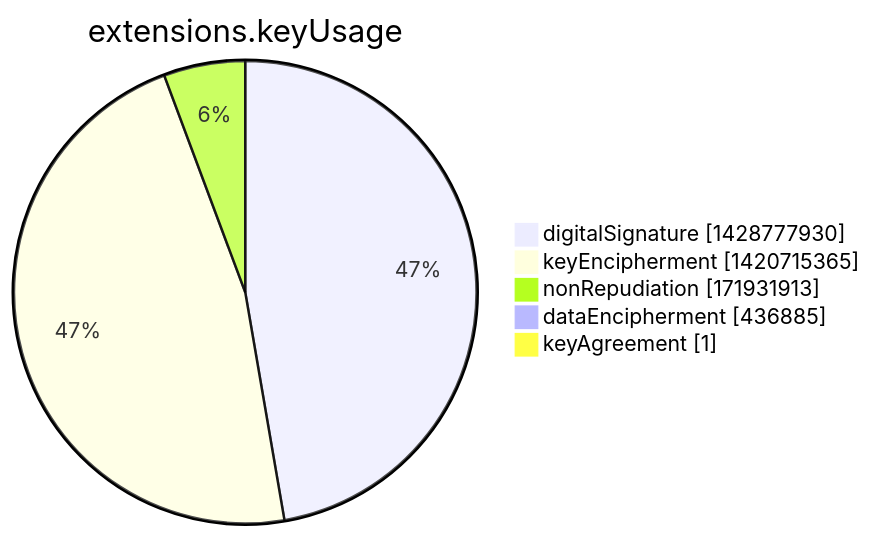
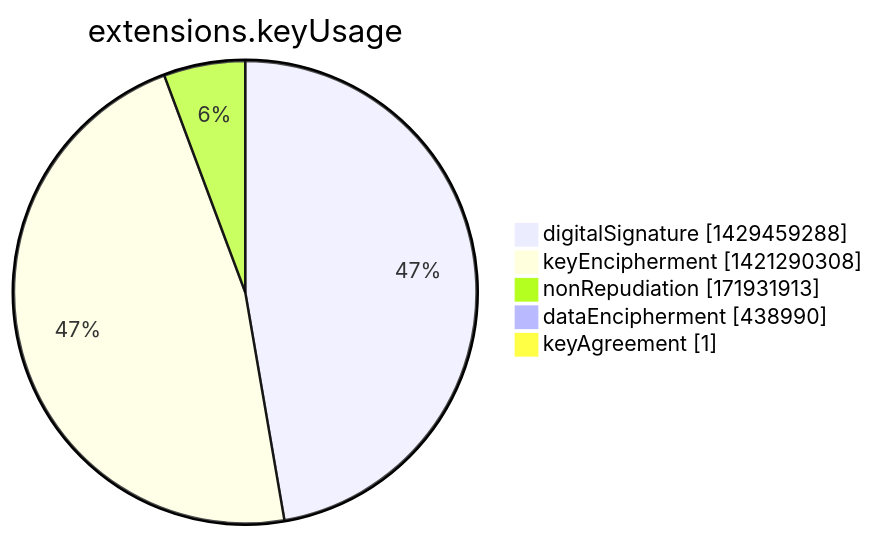
Before and after one commit to christiankrug/ctmonitor_visualization: the seventh of 15 diagrams in argon2022/README.md, drawn with Mermaid. The commit also changed other lines of this file, not shown here.

````diff
--- a/argon2022/README.md
+++ b/argon2022/README.md
@@ -2751,9 +2751,9 @@
 ```mermaid
 pie showData
 title extensions.keyUsage
-"digitalSignature" :1428777930
-"keyEncipherment" :1420715365
+"digitalSignature" :1429459288
+"keyEncipherment" :1421290308
 "nonRepudiation" :171931913
-"dataEncipherment" :436885
+"dataEncipherment" :438990
 "keyAgreement" :1
 ```
````
